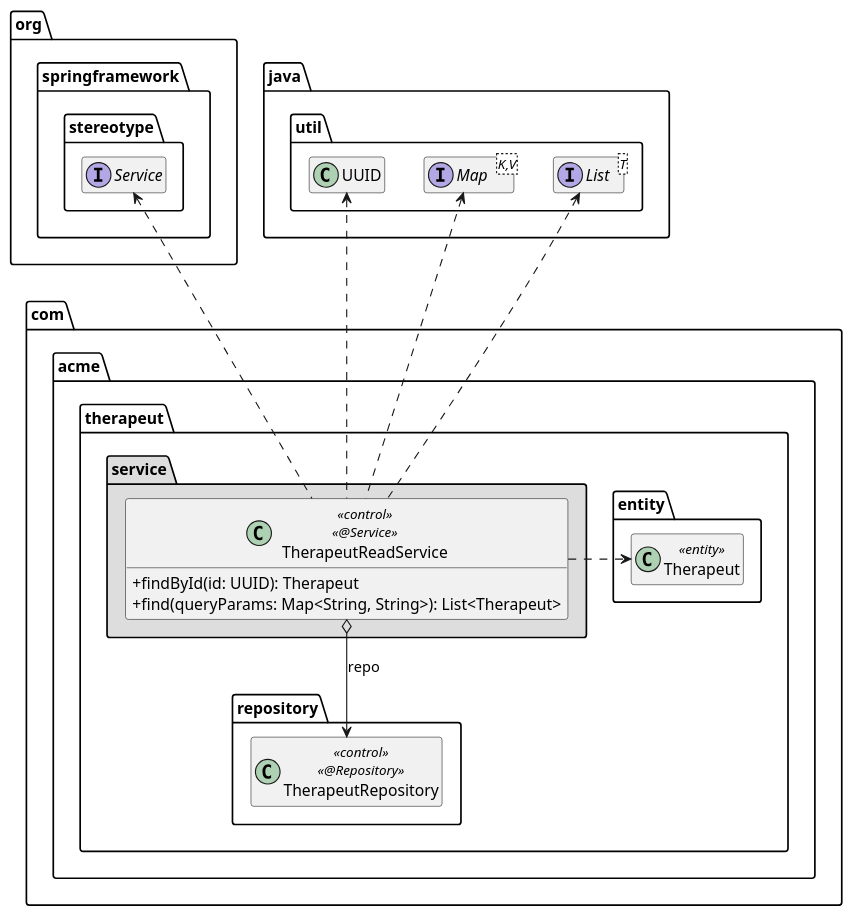
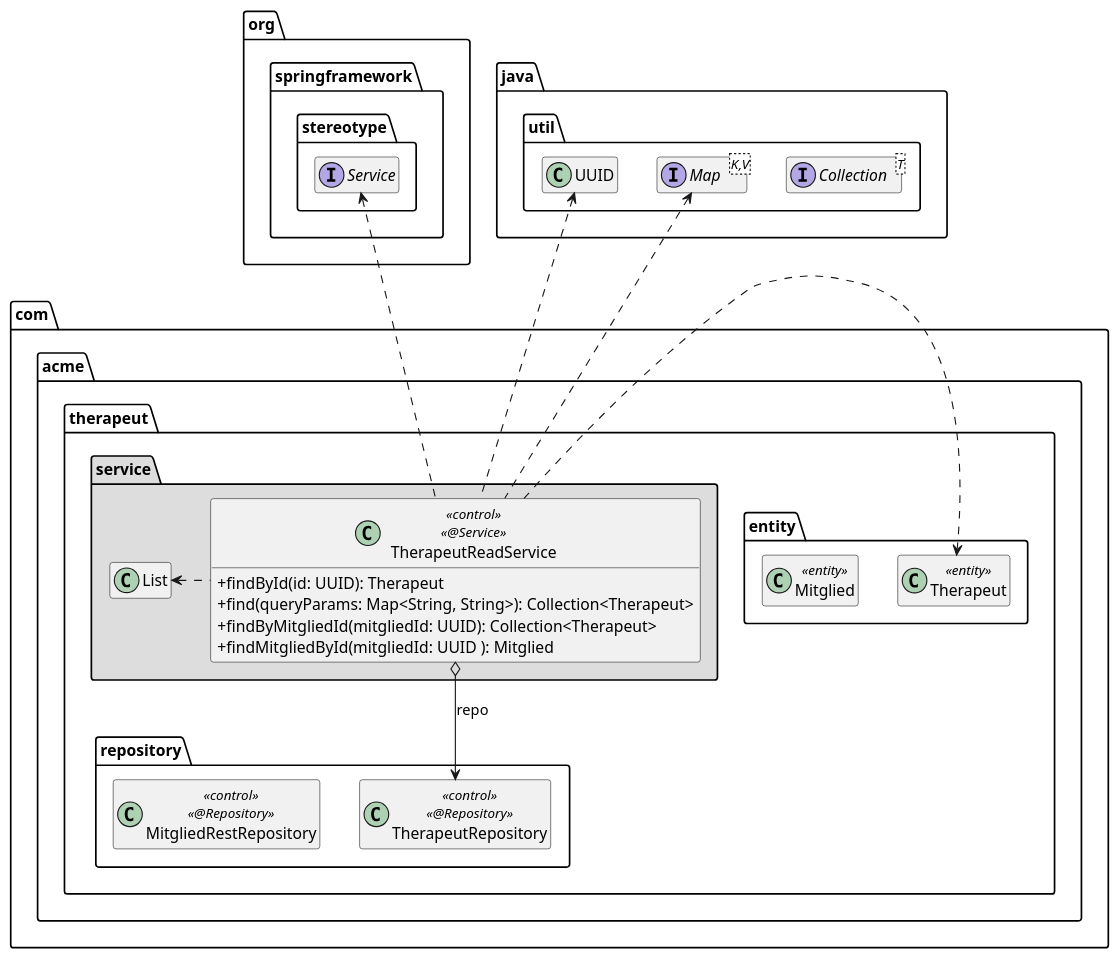
One commit to vatitin/therapeut changed the diagram in extras/doc/TherapeutReadService.plantuml. Above: the diagram before and after it, drawn with PlantUML. The commit also changed 37 other files, not shown here.

```diff
--- a/extras/doc/TherapeutReadService.plantuml
+++ b/extras/doc/TherapeutReadService.plantuml
@@ -1,45 +1,50 @@
 @startuml TherapeutReadService
 
 skinparam classAttributeIconSize 0
 
 package org.springframework.stereotype {
     interface Service
 }
 
 package java.util {
-    interface List<T>
+    interface Collection<T>
     interface Map<K,V>
     class UUID
 
     UUID .left[hidden].> Service
 }
 
 package com.acme.therapeut {
     package entity {
         class Therapeut << entity >>
+        class Mitglied << entity >>
 
-        Therapeut .up[hidden].> List
+
+        Therapeut .up[hidden].> Collection
     }
 
     package repository {
         class TherapeutRepository << control >> << @Repository >>
+        class MitgliedRestRepository << control >> << @Repository >>
     }
 
     package service #DDDDDD {
         class TherapeutReadService << control >> << @Service >> {
             + findById(id: UUID): Therapeut
-            + find(queryParams: Map<String, String>): List<Therapeut>
+            + find(queryParams: Map<String, String>): Collection<Therapeut>
+            + findByMitgliedId(mitgliedId: UUID): Collection<Therapeut>
+            + findMitgliedById(mitgliedId: UUID ): Mitglied
         }
 
         TherapeutReadService o--> TherapeutRepository : repo
         TherapeutReadService .right.> Therapeut
         TherapeutReadService .up.> Service
         TherapeutReadService .up.> UUID
         TherapeutReadService .up> List
         TherapeutReadService .up.> Map
     }
 }
 
 hide empty members
 
 @enduml
```
